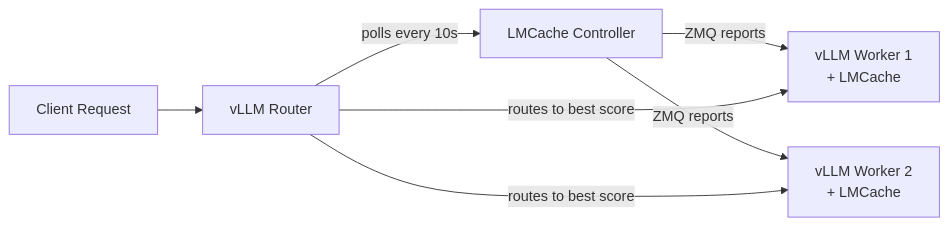
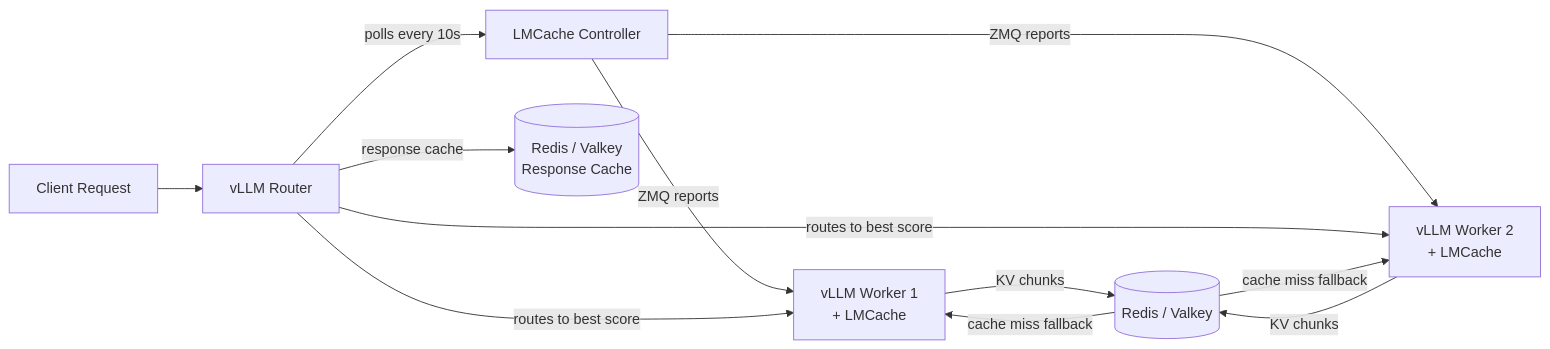
Before and after one commit to bet0x/barrahome-2026: the first of 2 diagrams in 2026/03/06/vllm-router-lmcache-aware-routing.md, drawn with Mermaid.

Commit message:
Add Redis/Valkey nodes to architecture diagram

```diff
--- a/2026/03/06/vllm-router-lmcache-aware-routing.md
+++ b/2026/03/06/vllm-router-lmcache-aware-routing.md
@@ -40,9 +40,14 @@
 <div class="mermaid">
 graph LR
     C[Client Request] --> R[vLLM Router]
     R -->|polls every 10s| LC[LMCache Controller]
     LC -->|ZMQ reports| W1[vLLM Worker 1<br/>+ LMCache]
     LC -->|ZMQ reports| W2[vLLM Worker 2<br/>+ LMCache]
     R -->|routes to best score| W1
     R -->|routes to best score| W2
+    W1 -->|KV chunks| RD[(Redis / Valkey)]
+    W2 -->|KV chunks| RD
+    RD -->|cache miss fallback| W1
+    RD -->|cache miss fallback| W2
+    R -->|response cache| RR[(Redis / Valkey<br/>Response Cache)]
 </div>
```
